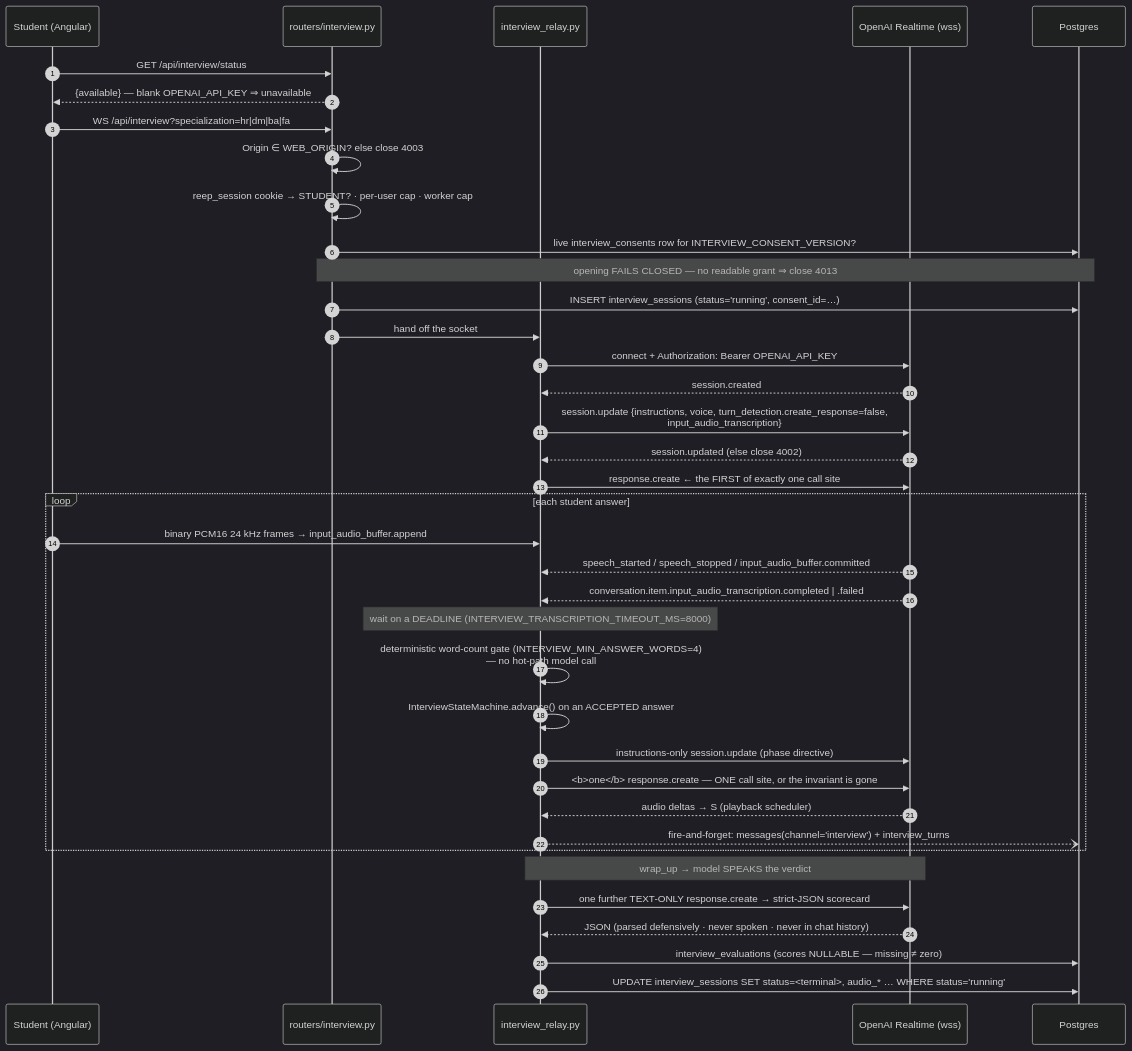
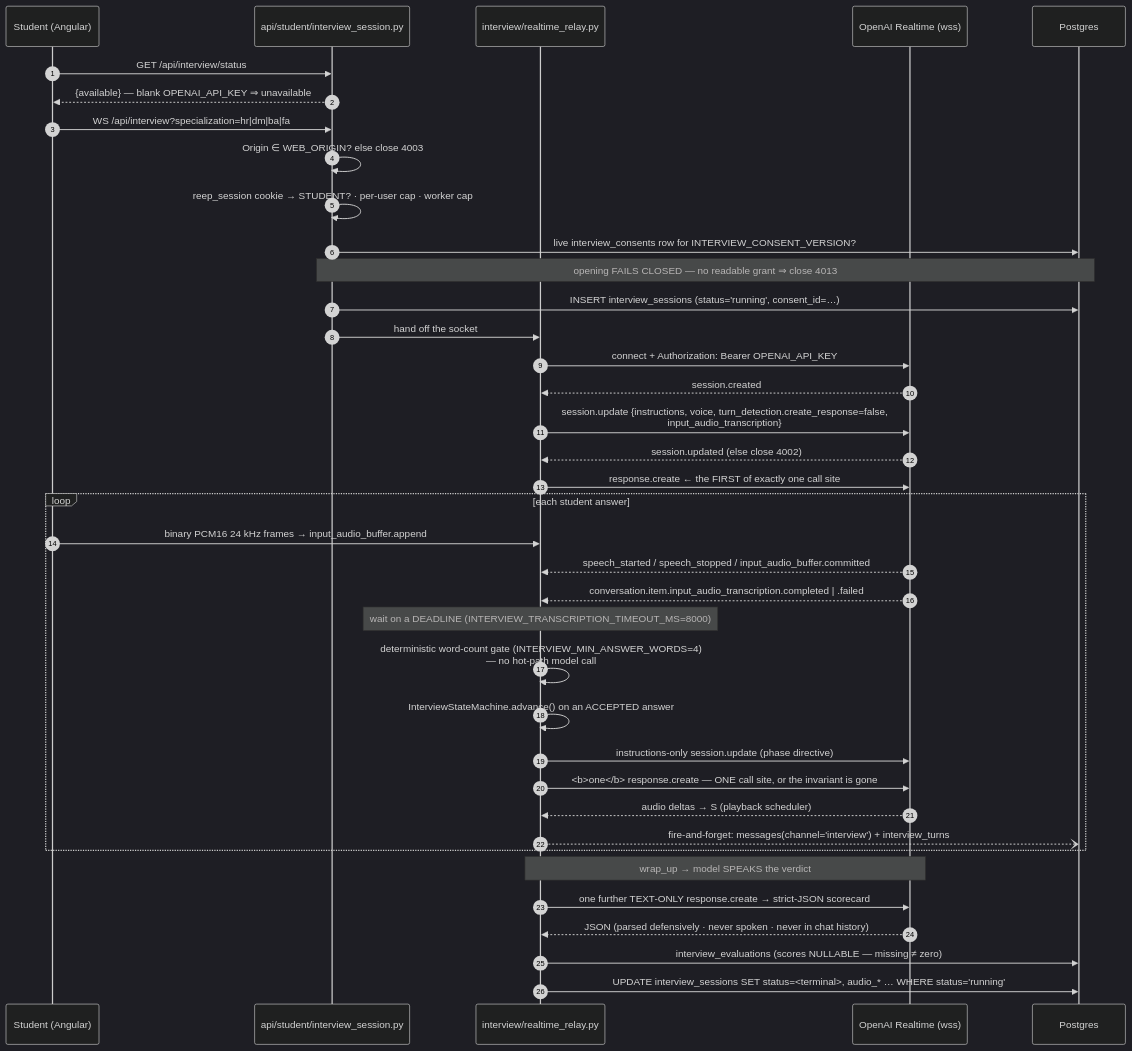
Before and after one commit to darshani8/reep-: the eighth of 13 diagrams in docs/architecture.md, drawn with Mermaid (dark theme). The commit also changed other lines of this file and 177 other files, not shown here.

````diff
--- a/docs/architecture.md
+++ b/docs/architecture.md
@@ -433,43 +433,43 @@
 ```mermaid
 sequenceDiagram
     autonumber
     participant S as Student (Angular)
-    participant WS as routers/interview.py
-    participant R as interview_relay.py
+    participant WS as api/student/interview_session.py
+    participant R as interview/realtime_relay.py
     participant OA as OpenAI Realtime (wss)
     participant DB as Postgres
 
     S->>WS: GET /api/interview/status
     WS-->>S: {available} — blank OPENAI_API_KEY ⇒ unavailable
     S->>WS: WS /api/interview?specialization=hr|dm|ba|fa
     WS->>WS: Origin ∈ WEB_ORIGIN? else close 4003
     WS->>WS: reep_session cookie → STUDENT? · per-user cap · worker cap
     WS->>DB: live interview_consents row for INTERVIEW_CONSENT_VERSION?
     Note over WS,DB: opening FAILS CLOSED — no readable grant ⇒ close 4013
     WS->>DB: INSERT interview_sessions (status='running', consent_id=…)
     WS->>R: hand off the socket
     R->>OA: connect + Authorization: Bearer OPENAI_API_KEY
     OA-->>R: session.created
     R->>OA: session.update {instructions, voice, turn_detection.create_response=false,<br/>input_audio_transcription}
     OA-->>R: session.updated  (else close 4002)
     R->>OA: response.create  ← the FIRST of exactly one call site
 
     loop each student answer
         S->>R: binary PCM16 24 kHz frames → input_audio_buffer.append
         OA-->>R: speech_started / speech_stopped / input_audio_buffer.committed
         OA-->>R: conversation.item.input_audio_transcription.completed | .failed
         Note over R: wait on a DEADLINE (INTERVIEW_TRANSCRIPTION_TIMEOUT_MS=8000)
         R->>R: deterministic word-count gate (INTERVIEW_MIN_ANSWER_WORDS=4)<br/>— no hot-path model call
         R->>R: InterviewStateMachine.advance() on an ACCEPTED answer
         R->>OA: instructions-only session.update (phase directive)
         R->>OA: <b>one</b> response.create — ONE call site, or the invariant is gone
         OA-->>R: audio deltas → S (playback scheduler)
         R--)DB: fire-and-forget: messages(channel='interview') + interview_turns
     end
 
     Note over R,OA: wrap_up → model SPEAKS the verdict
     R->>OA: one further TEXT-ONLY response.create → strict-JSON scorecard
     OA-->>R: JSON (parsed defensively · never spoken · never in chat history)
     R->>DB: interview_evaluations (scores NULLABLE — missing ≠ zero)
     R->>DB: UPDATE interview_sessions SET status=<terminal>, audio_* … WHERE status='running'
 ```
````
